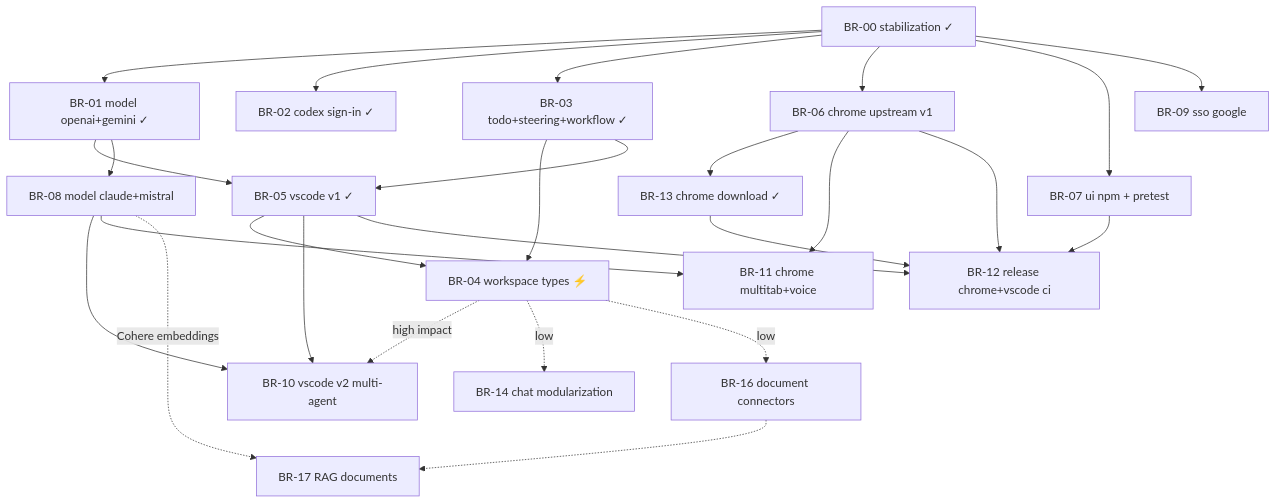
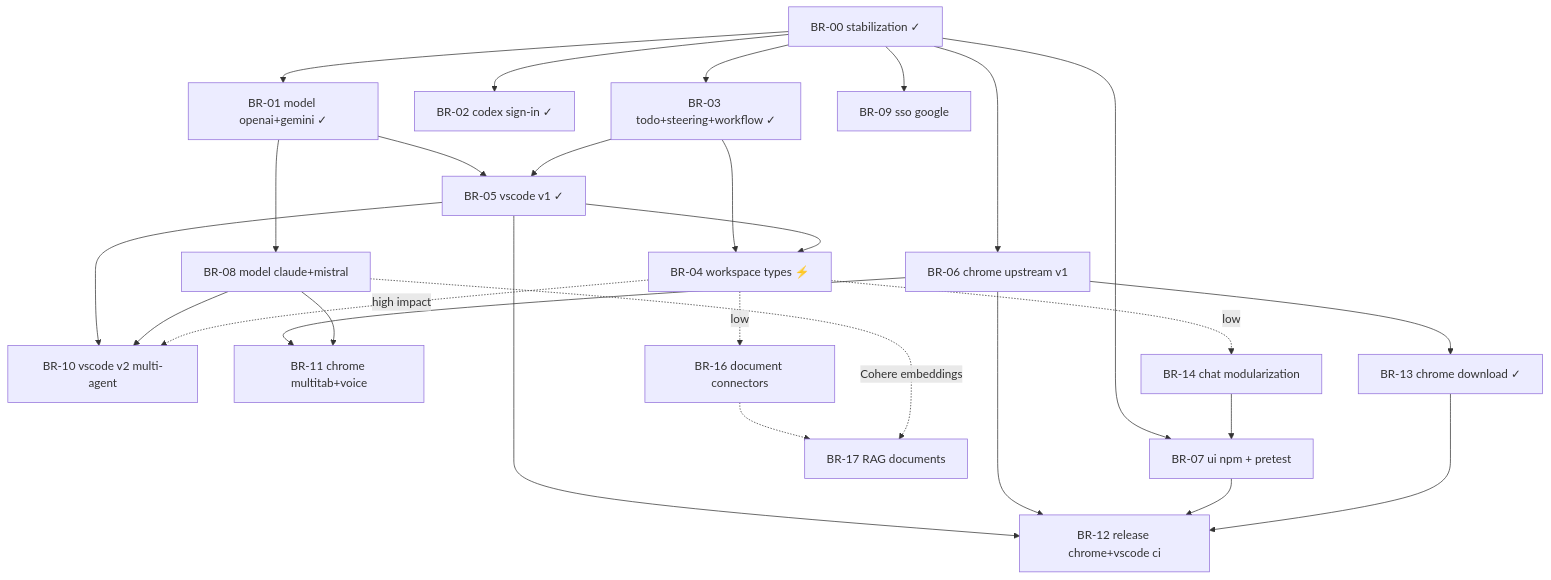
One commit to rhanka/sentropic changed the diagram in PLAN.md. Above: the diagram before and after it, drawn with Mermaid. The commit also changed other lines of this file and 1 other file, not shown here.

````diff
--- a/PLAN.md
+++ b/PLAN.md
@@ -61,47 +61,48 @@
 ```mermaid
 graph TD
   BR00[BR-00 stabilization ✓]
   BR01[BR-01 model openai+gemini ✓]
   BR02[BR-02 codex sign-in ✓]
   BR03[BR-03 todo+steering+workflow ✓]
   BR04[BR-04 workspace types ⚡]
   BR05[BR-05 vscode v1 ✓]
   BR06[BR-06 chrome upstream v1]
   BR07[BR-07 ui npm + pretest]
   BR08[BR-08 model claude+mistral]
   BR09[BR-09 sso google]
   BR10[BR-10 vscode v2 multi-agent]
   BR11[BR-11 chrome multitab+voice]
   BR12[BR-12 release chrome+vscode ci]
   BR13[BR-13 chrome download ✓]
   BR14[BR-14 chat modularization]
   BR16[BR-16 document connectors]
   BR17[BR-17 RAG documents]
 
   BR00 --> BR01
   BR00 --> BR02
   BR00 --> BR03
   BR03 --> BR04
   BR05 --> BR04
   BR01 --> BR05
   BR03 --> BR05
   BR00 --> BR06
   BR00 --> BR07
+  BR14 --> BR07
   BR06 --> BR13
 
   BR01 --> BR08
   BR00 --> BR09
   BR05 --> BR10
   BR08 --> BR10
   BR04 -.->|high impact| BR10
   BR06 --> BR11
   BR08 --> BR11
   BR05 --> BR12
   BR06 --> BR12
   BR07 --> BR12
   BR13 --> BR12
   BR04 -.->|low| BR14
   BR04 -.->|low| BR16
   BR16 -.-> BR17
   BR08 -.->|Cohere embeddings| BR17
 ```
````
